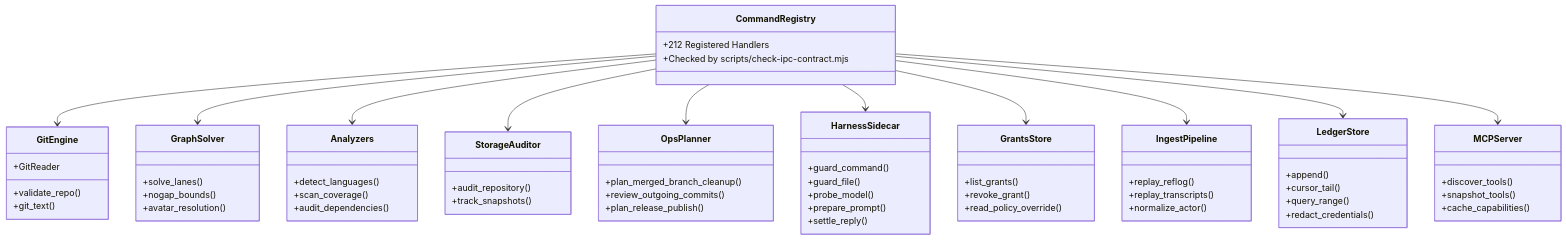
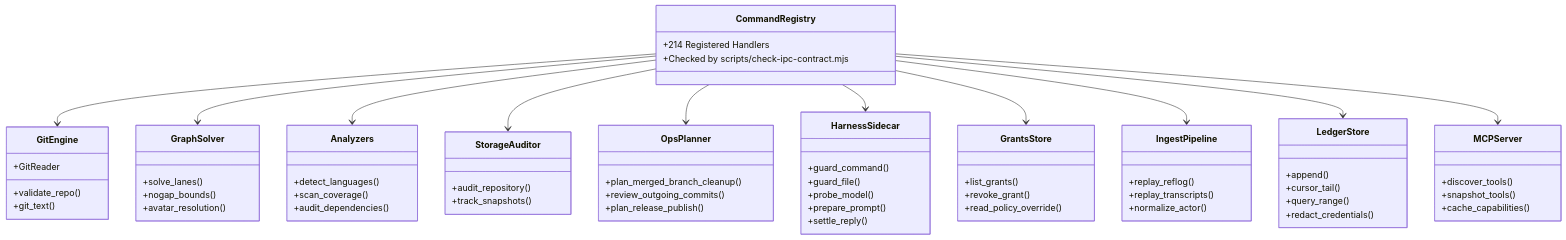
One commit to bharathvbcr/GitPulse changed the third of 4 diagrams in docs/ARCHITECTURE.md. Above: the diagram before and after it, drawn with Mermaid. The commit also changed other lines of this file and 55 other files, not shown here.

````diff
--- a/docs/ARCHITECTURE.md
+++ b/docs/ARCHITECTURE.md
@@ -183,70 +183,70 @@
 ```mermaid
 classDiagram
     class CommandRegistry {
-        +212 Registered Handlers
+        +214 Registered Handlers
         +Checked by scripts/check-ipc-contract.mjs
     }
     class GitEngine {
         +validate_repo()
         +git_text()
         +GitReader
     }
     class GraphSolver {
         +solve_lanes()
         +nogap_bounds()
         +avatar_resolution()
     }
     class Analyzers {
         +detect_languages()
         +scan_coverage()
         +audit_dependencies()
     }
     class StorageAuditor {
         +audit_repository()
         +track_snapshots()
     }
     class GrantsStore {
         +list_grants()
         +revoke_grant()
         +read_policy_override()
     }
     class IngestPipeline {
         +replay_reflog()
         +replay_transcripts()
         +normalize_actor()
     }
     class LedgerStore {
         +append()
         +cursor_tail()
         +query_range()
         +redact_credentials()
     }
     class OpsPlanner {
         +plan_merged_branch_cleanup()
         +review_outgoing_commits()
         +plan_release_publish()
     }
     class MCPServer {
         +discover_tools()
         +snapshot_tools()
         +cache_capabilities()
     }
     class HarnessSidecar {
         +guard_command()
         +guard_file()
         +probe_model()
         +prepare_prompt()
         +settle_reply()
     }
 
     CommandRegistry --> GitEngine
     CommandRegistry --> GraphSolver
     CommandRegistry --> Analyzers
     CommandRegistry --> StorageAuditor
     CommandRegistry --> OpsPlanner
     CommandRegistry --> HarnessSidecar
     CommandRegistry --> GrantsStore
     CommandRegistry --> IngestPipeline
     CommandRegistry --> LedgerStore
     CommandRegistry --> MCPServer
 ```
````
